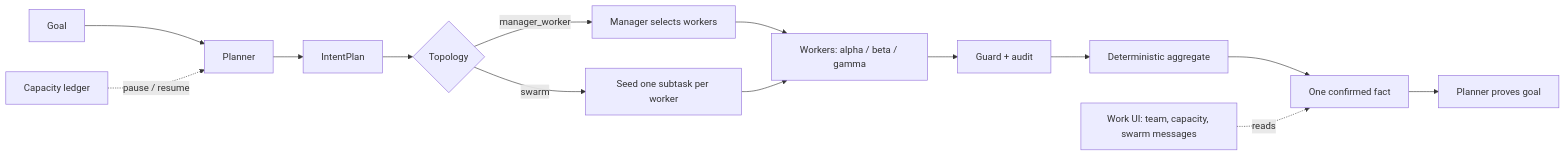
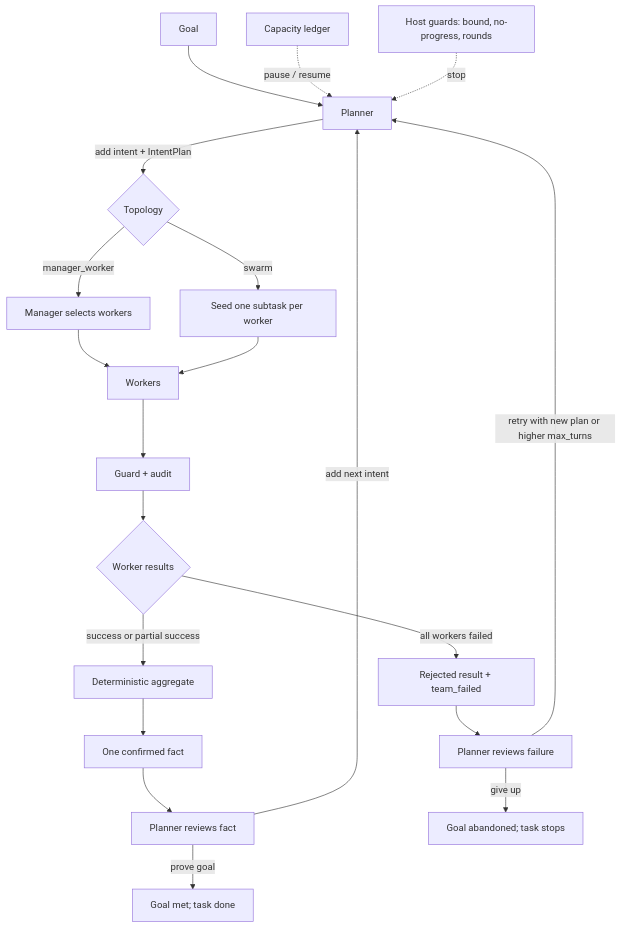
One commit to akshay93akshay/dhi changed the diagram in README.md. Above: the diagram before and after it, drawn with Mermaid. The commit also changed other lines of this file and 1 other file, not shown here.

Commit message:
Add planner failure loop and fresh image workflow

````diff
--- a/README.md
+++ b/README.md
@@ -18,16 +18,29 @@
 ```mermaid
-flowchart LR
+flowchart TD
     G[Goal] --> P[Planner]
-    P --> IP[IntentPlan]
-    IP --> T{Topology}
+    P -->|add intent + IntentPlan| T{Topology}
+
     T -->|manager_worker| M[Manager selects workers]
-    M --> W[Workers: alpha / beta / gamma]
+    M --> W[Workers]
     T -->|swarm| S[Seed one subtask per worker]
     S --> W
+
     W --> GU[Guard + audit]
-    GU --> AG[Deterministic aggregate]
+    GU --> R{Worker results}
+
+    R -->|success or partial success| AG[Deterministic aggregate]
     AG --> F[One confirmed fact]
-    F --> PR[Planner proves goal]
+    F --> PR[Planner reviews fact]
+
+    R -->|all workers failed| RJ[Rejected result + team_failed]
+    RJ --> PF[Planner reviews failure]
+
+    PR -->|add next intent| P
+    PR -->|prove goal| DONE[Goal met; task done]
+
+    PF -->|retry with new plan or higher max_turns| P
+    PF -->|give up| STOP[Goal abandoned; task stops]
+
     C[Capacity ledger] -. pause / resume .-> P
-    UI[Work UI: team, capacity, swarm messages] -. reads .-> F
+    H[Host guards: bound, no-progress, rounds] -. stop .-> P
 ```
````
